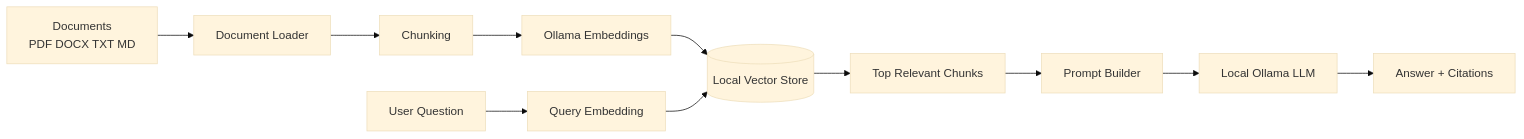
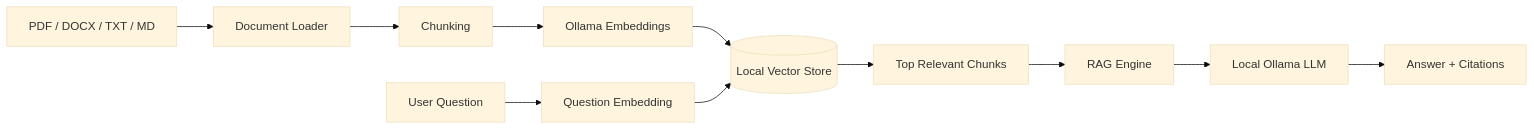
The diagram in README.md (ayansayyad7000-png/NexaRAG-AI-Research-Copilot), drawn with Mermaid (base theme) before and after one commit. The commit also changed other lines of this file, not shown here.

````diff
--- a/README.md
+++ b/README.md
@@ -43,13 +43,13 @@
 ```mermaid
 flowchart LR
-    A[Documents<br/>PDF DOCX TXT MD] --> B[Document Loader]
+    A[PDF / DOCX / TXT / MD] --> B[Document Loader]
     B --> C[Chunking]
     C --> D[Ollama Embeddings]
     D --> E[(Local Vector Store)]
-    Q[User Question] --> F[Query Embedding]
+    Q[User Question] --> F[Question Embedding]
     F --> E
     E --> G[Top Relevant Chunks]
-    G --> H[Prompt Builder]
+    G --> H[RAG Engine]
     H --> I[Local Ollama LLM]
     I --> J[Answer + Citations]
 ```
````
